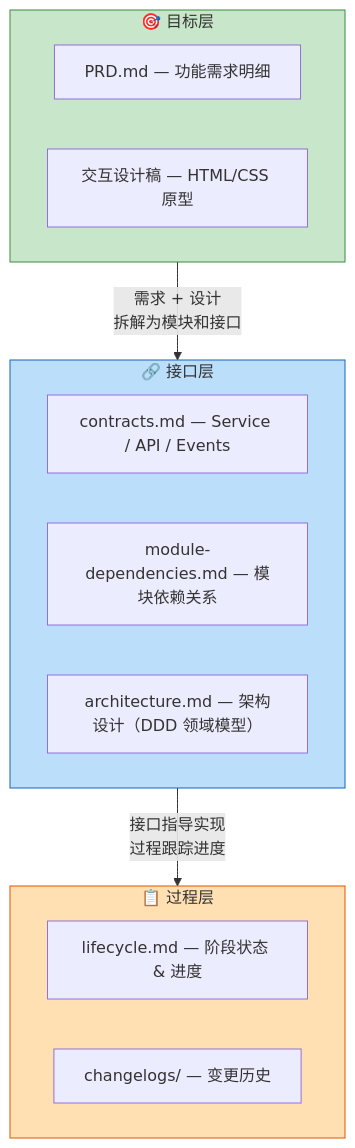
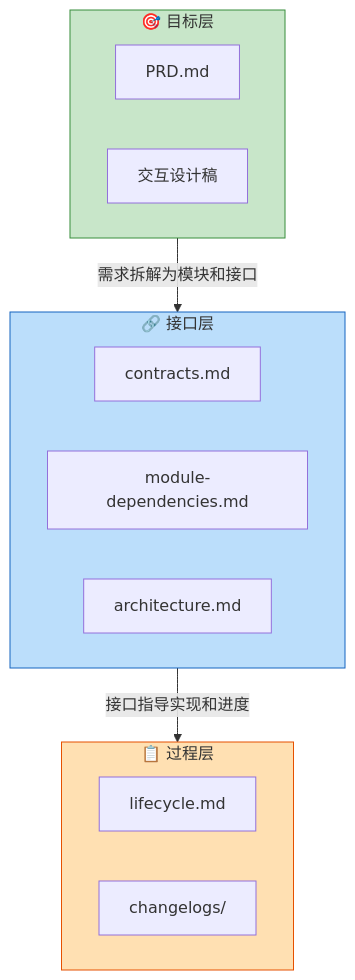
One commit to strommmm/storms-claude-configuration changed diagram 13 of 13 in docs/design-philosophy.md. Above: the diagram before and after it, drawn with Mermaid. The commit also changed other lines of this file, not shown here.

````diff
--- a/docs/design-philosophy.md
+++ b/docs/design-philosophy.md
@@ -615,25 +499,25 @@
 ```mermaid
 graph TD
     subgraph goal ["🎯 目标层"]
-        prd["PRD.md — 功能需求明细"]
-        design["交互设计稿 — HTML/CSS 原型"]
+        prd["PRD.md"]
+        design["交互设计稿"]
     end
 
     subgraph interface ["🔗 接口层"]
-        contracts["contracts.md — Service / API / Events"]
-        deps["module-dependencies.md — 模块依赖关系"]
-        arch["architecture.md — 架构设计（DDD 领域模型）"]
+        contracts["contracts.md"]
+        deps["module-dependencies.md"]
+        arch["architecture.md"]
     end
 
     subgraph process ["📋 过程层"]
-        lifecycle["lifecycle.md — 阶段状态 & 进度"]
-        changelog["changelogs/ — 变更历史"]
+        lifecycle["lifecycle.md"]
+        changelog["changelogs/"]
     end
 
-    goal -- "需求 + 设计<br/>拆解为模块和接口" --> interface
-    interface -- "接口指导实现<br/>过程跟踪进度" --> process
+    goal -- "需求拆解为模块和接口" --> interface
+    interface -- "接口指导实现和进度" --> process
 
     style goal fill:#C8E6C9,stroke:#388E3C
     style interface fill:#BBDEFB,stroke:#1565C0
     style process fill:#FFE0B2,stroke:#E65100
 ```
````
